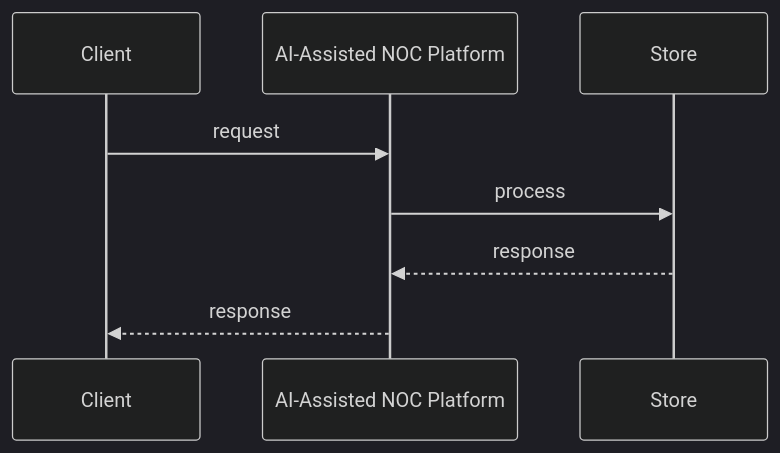
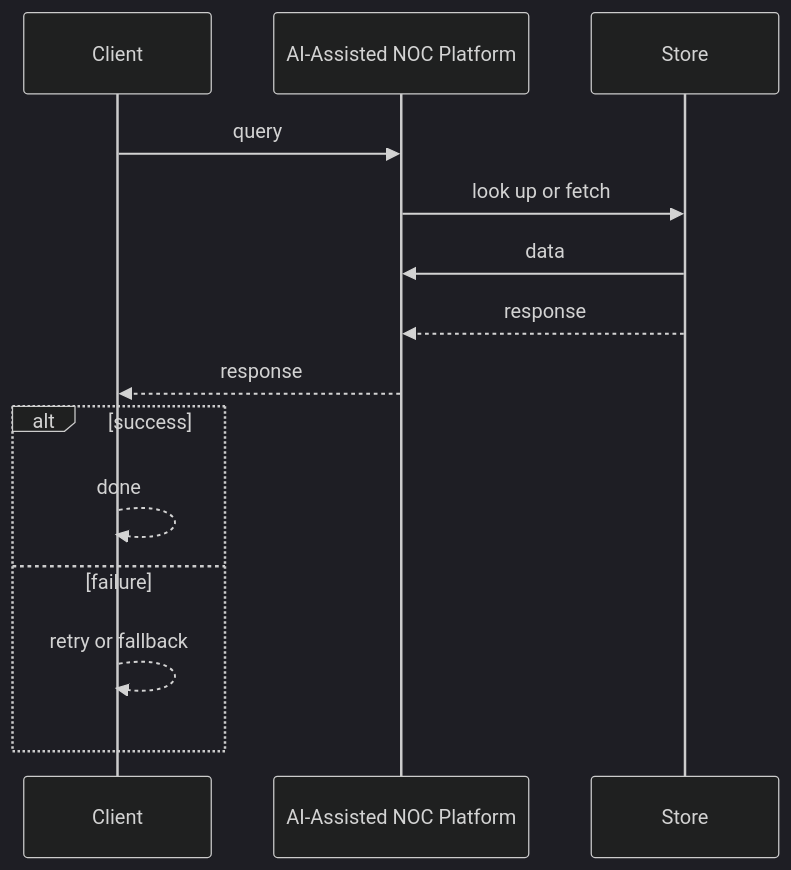
The second of 3 diagrams in case-studies/network-ai-systems/ai-assisted-noc.md (RIT-MESH/system-design-mastery), drawn with Mermaid (dark theme) before and after one commit. The commit also changed other lines of this file and 215 other files, not shown here.

First line of the commit message:
Complete all remaining work: expand case studies, add 13 AI case studies, fix diagrams, status to Complete

````diff
--- a/case-studies/network-ai-systems/ai-assisted-noc.md
+++ b/case-studies/network-ai-systems/ai-assisted-noc.md
@@ -26,11 +27,17 @@
 ```mermaid
-%% origin: original to system-design-mastery
+%% created-for: system-design-mastery
 sequenceDiagram
   participant P0 as Client
   participant P1 as AI-Assisted NOC Platform
   participant P2 as Store
-  P0 ->> P1: request
-  P1 ->> P2: process
+  P0 ->> P1: query
+  P1 ->> P2: look up or fetch
+  P2 ->> P1: data
   P2 -->> P1: response
   P1 -->> P0: response
+  alt success
+    P0 -->> P0: done
+  else failure
+    P0 -->> P0: retry or fallback
+  end
 ```
````
